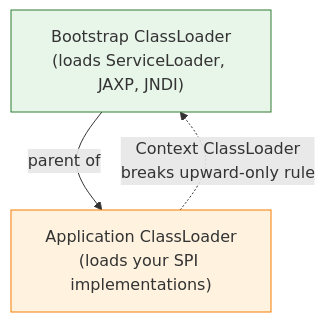
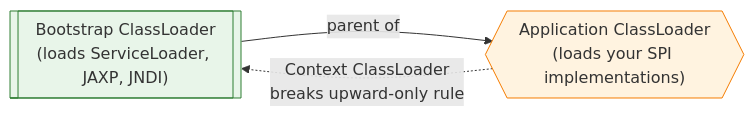
One commit to saivamsikaruturi/vamsilabs-dev-notes-main changed the fourth of 4 diagrams in docs/java/ClassLoaders.md. Above: the diagram before and after it, drawn with Mermaid. The commit also changed other lines of this file and 146 other files, not shown here.

Commit message:
Horizontal diagrams, UML class diagrams, typography overhaul, and permalink cleanup

````diff
--- a/docs/java/ClassLoaders.md
+++ b/docs/java/ClassLoaders.md
@@ -295,11 +295,11 @@
 ```mermaid
-graph TD
-    BOOT["Bootstrap ClassLoader<br/>(loads ServiceLoader, JAXP, JNDI)"]
-    APP["Application ClassLoader<br/>(loads your SPI implementations)"]
+flowchart LR
+    BOOT[["Bootstrap ClassLoader<br/>(loads ServiceLoader, JAXP, JNDI)"]]
+    APP{{"Application ClassLoader<br/>(loads your SPI implementations)"}}
 
     BOOT -->|"parent of"| APP
     APP -.->|"Context ClassLoader<br/>breaks upward-only rule"| BOOT
 
     style BOOT fill:#e8f5e9,stroke:#2e7d32
     style APP fill:#fff3e0,stroke:#f57c00
 ```
````
